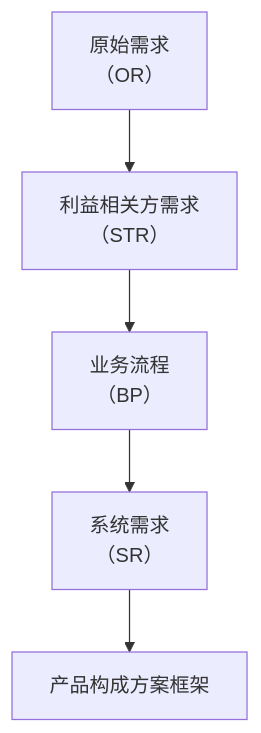
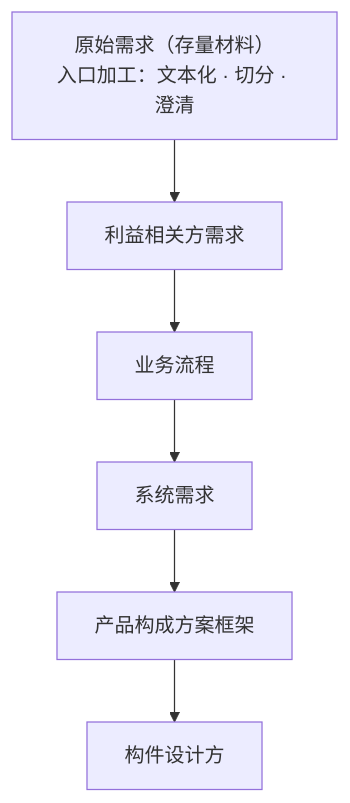
One commit to Yongjunzhou/AOS-system-design changed the third of 4 diagrams in 100-subprojects/01-系统工程研究/03-架构师是个怎样的物种/06-第6章-设计开发落地-需求与方案结对.md. Above: the diagram before and after it, drawn with Mermaid. The commit also changed other lines of this file and 8 other files, not shown here.

````diff
--- a/100-subprojects/01-系统工程研究/03-架构师是个怎样的物种/06-第6章-设计开发落地-需求与方案结对.md
+++ b/100-subprojects/01-系统工程研究/03-架构师是个怎样的物种/06-第6章-设计开发落地-需求与方案结对.md
@@ -833,7 +789,8 @@
 ```mermaid
 flowchart TD
-    OR["原始需求<br/>（OR）"] --> STR["利益相关方需求<br/>（STR）"]
-    STR --> BP["业务流程<br/>（BP）"]
-    BP --> SR["系统需求<br/>（SR）"]
+    OR["原始需求（存量材料）<br/>入口加工：文本化 · 切分 · 澄清"] --> STR["利益相关方需求"]
+    STR --> BP["业务流程"]
+    BP --> SR["系统需求"]
     SR --> PA["产品构成方案框架"]
+    PA --> DEV["构件设计方"]
 ```
````
